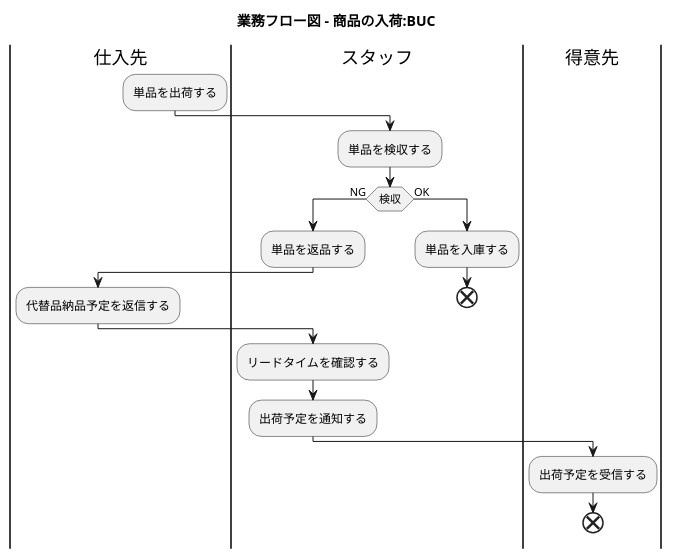
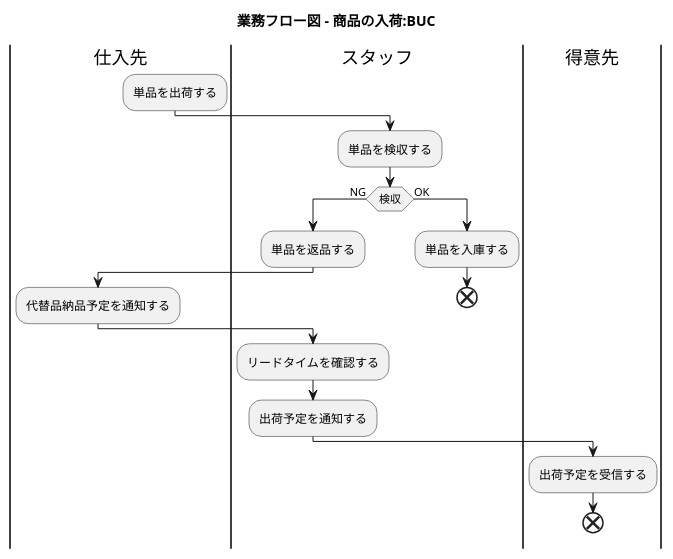
One commit to k2works/application_programing_excercise_2022 changed diagram 13 of 28 in docs/index.adoc. Above: the diagram before and after it, drawn with PlantUML. The commit also changed other lines of this file, not shown here.

```diff
--- a/docs/index.adoc
+++ b/docs/index.adoc
@@ -460,27 +466,27 @@
 [plantuml]
 ----
 @startuml
 
 title 業務フロー図 - 商品の入荷:BUC
 |仕入先|
 :単品を出荷する;
 |スタッフ|
 :単品を検収する;
 if (検収) then (NG)
  :単品を返品する;
  |仕入先|
- :代替品納品予定を返信する;
+ :代替品納品予定を通知する;
  |スタッフ|
  :リードタイムを確認する;
  :出荷予定を通知する;
  |得意先|
  :出荷予定を受信する;
  end
 else (OK)
  |スタッフ|
  :単品を入庫する;
  end
 endif
 
 @enduml
 ----
```
